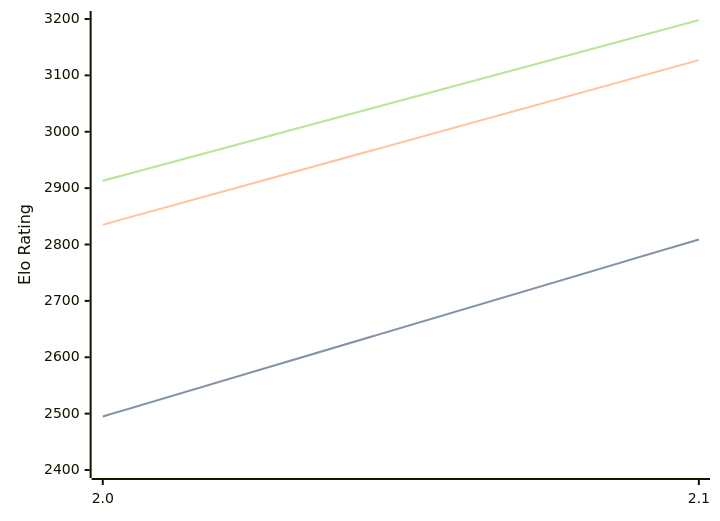
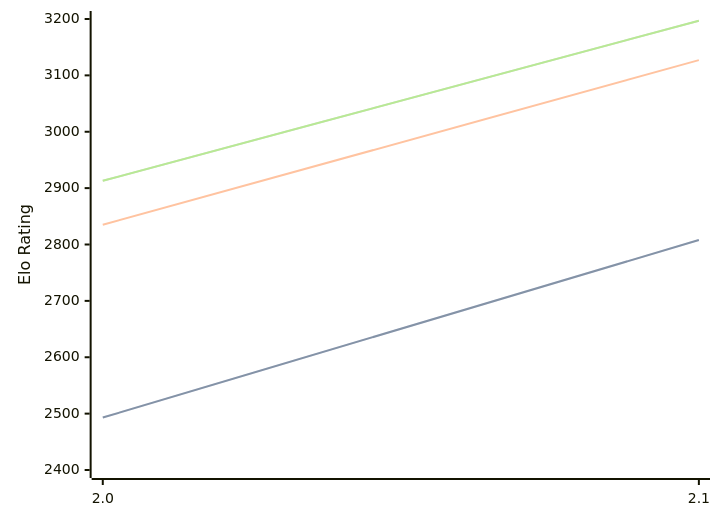
Before and after one commit to computer-chess-index/cci: the diagram in engines/Tunguska.md, drawn with Mermaid. The commit also changed other lines of this file, not shown here.

Commit message:
Update CCI Ratings (ELO VLTC) - 2026-06-12

````diff
--- a/engines/Tunguska.md
+++ b/engines/Tunguska.md
@@ -32,11 +32,11 @@
 ```mermaid
 %%{init: {"theme":"base","themeVariables":{"seriesColors:['#a3a3a3','#222221','#faa371']}}}%%
 xychart-beta
   x-axis ["2.0", "2.1"]
   y-axis "Elo Rating" 2400 --> 3200
-  line "STC (8.0+0.08s)" [2495, 2809]
-  line "STC (8.0+0.08s)" [2495, 2809]
+  line "STC (8.0+0.08s)" [2493, 2808]
+  line "STC (8.0+0.08s)" [2493, 2808]
   line "LTC (60.0+0.60s)" [2835, 3127]
-  line "VLTC (2m24s+1.12s)" [2913, 3198]
-  line "VLTC (2m24s+1.12s)" [2913, 3198]
+  line "VLTC (2m24s+1.12s)" [2913, 3197]
+  line "VLTC (2m24s+1.12s)" [2913, 3197]
 ```
````
